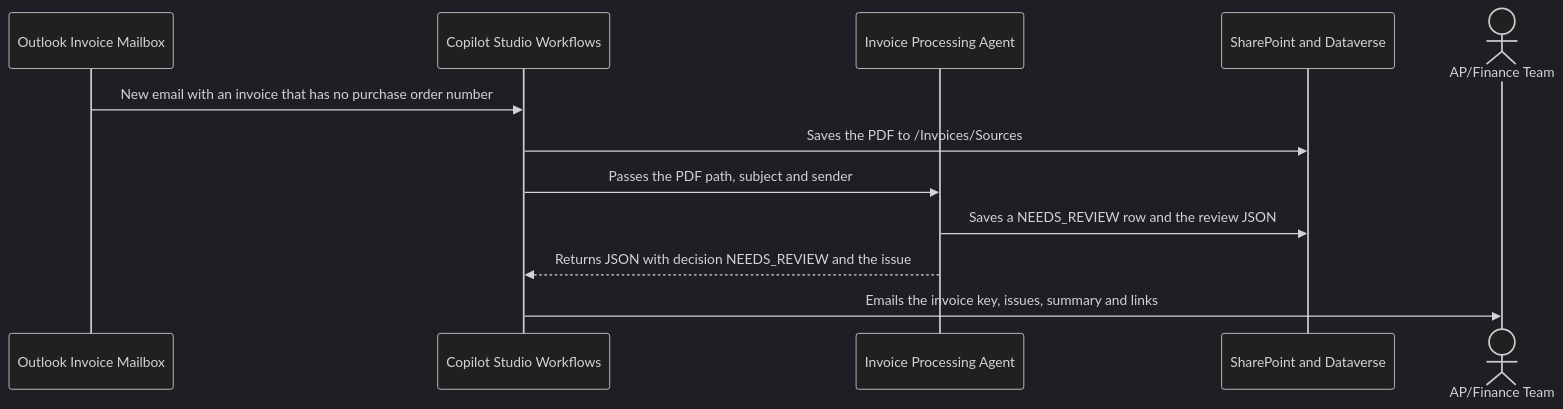
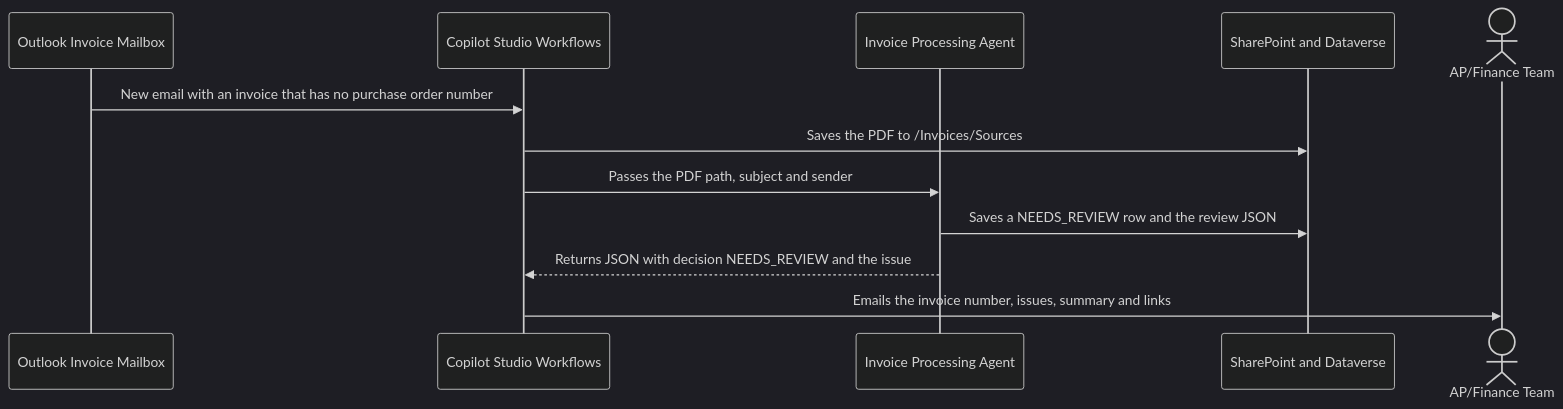
The third of 3 diagrams in 01-scenarios/Autonomous-Invoice-Orchestration-Agent-GHCP/2.Architecture.md (microsoft/ai-agent-runbooks), drawn with Mermaid (dark theme) before and after one commit. The commit also changed other lines of this file and 7 other files, not shown here.

First line of the commit message:
Rename invoiceKey to invoiceNumber across skills, workflow and docs

````diff
--- a/01-scenarios/Autonomous-Invoice-Orchestration-Agent-GHCP/2.Architecture.md
+++ b/01-scenarios/Autonomous-Invoice-Orchestration-Agent-GHCP/2.Architecture.md
@@ -122,14 +122,14 @@
 ```mermaid
 sequenceDiagram
     participant Mail as Outlook Invoice Mailbox
     participant Flow as Copilot Studio Workflows
     participant Agent as Invoice Processing Agent
     participant Store as SharePoint and Dataverse
     actor Finance as AP/Finance Team
     Mail->>Flow: New email with an invoice that has no purchase order number
     Flow->>Store: Saves the PDF to /Invoices/Sources
     Flow->>Agent: Passes the PDF path, subject and sender
     Agent->>Store: Saves a NEEDS_REVIEW row and the review JSON
     Agent-->>Flow: Returns JSON with decision NEEDS_REVIEW and the issue
-    Flow->>Finance: Emails the invoice key, issues, summary and links
+    Flow->>Finance: Emails the invoice number, issues, summary and links
 ```
````
